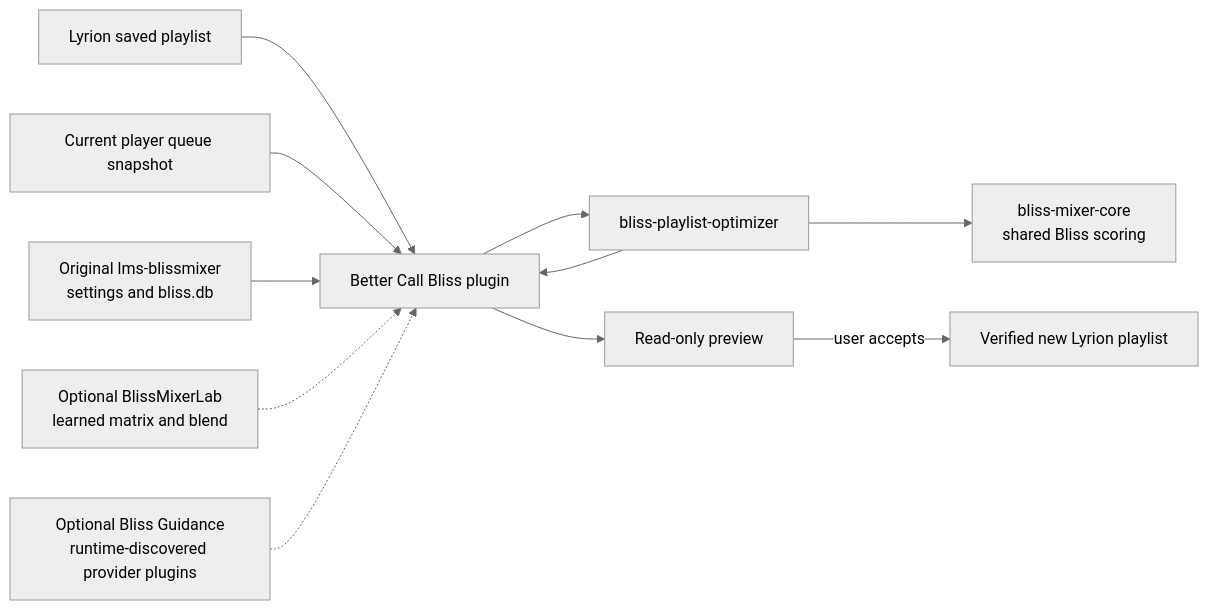
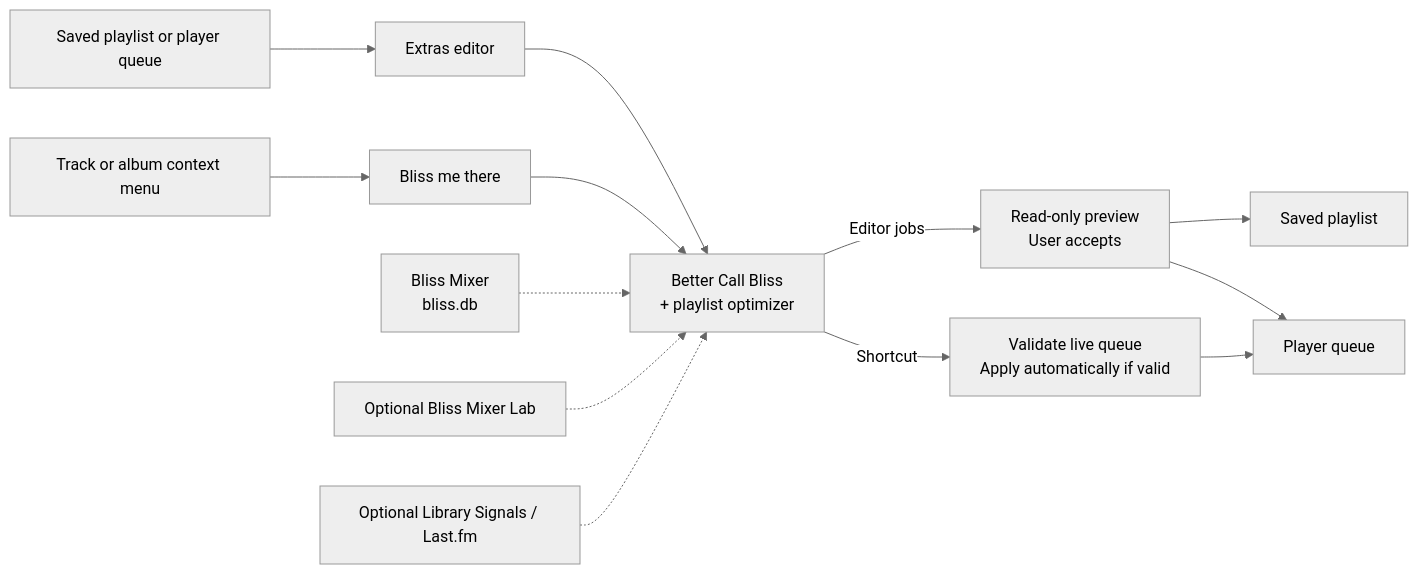
Before and after one commit to chrober/lms-better-call-bliss: the diagram in README.md, drawn with Mermaid (neutral theme). The commit also changed other lines of this file, not shown here.

````diff
--- a/README.md
+++ b/README.md
@@ -187,13 +129,18 @@
-~~~mermaid
+```mermaid
 flowchart LR
-    LMS["Lyrion saved playlist"] --> P["Better Call Bliss plugin"]
-    Q["Current player queue snapshot"] --> P
-    BM["Original lms-blissmixer<br/>settings and bliss.db"] --> P
-    BME["Optional BlissMixerLab<br/>learned matrix and blend"] -.-> P
-    GP["Optional Bliss Guidance<br/>runtime-discovered provider plugins"] -.-> P
-    P --> O["bliss-playlist-optimizer"]
-    O --> C["bliss-mixer-core<br/>shared Bliss scoring"]
-    O --> P
-    P --> V["Read-only preview"]
-    V -->|"user accepts"| N["Verified new Lyrion playlist"]
-~~~
+    PlaylistSource["Saved playlist or player queue"] --> Editor["Extras editor"]
+    Destination["Track or album context menu"] --> Shortcut["Bliss me there"]
+
+    Editor --> Optimizer["Better Call Bliss<br/>+ playlist optimizer"]
+    Shortcut --> Optimizer
+    Bliss["Bliss Mixer<br/>bliss.db"] -.-> Optimizer
+    Lab["Optional Bliss Mixer Lab"] -.-> Optimizer
+    Guidance["Optional Library Signals / Last.fm"] -.-> Optimizer
+
+    Optimizer -->|"Editor jobs"| Preview["Read-only preview<br/>User accepts"]
+    Preview --> Playlist["Saved playlist"]
+    Preview --> Queue["Player queue"]
+
+    Optimizer -->|"Shortcut"| Validate["Validate live queue<br/>Apply automatically if valid"]
+    Validate --> Queue
+```
````
